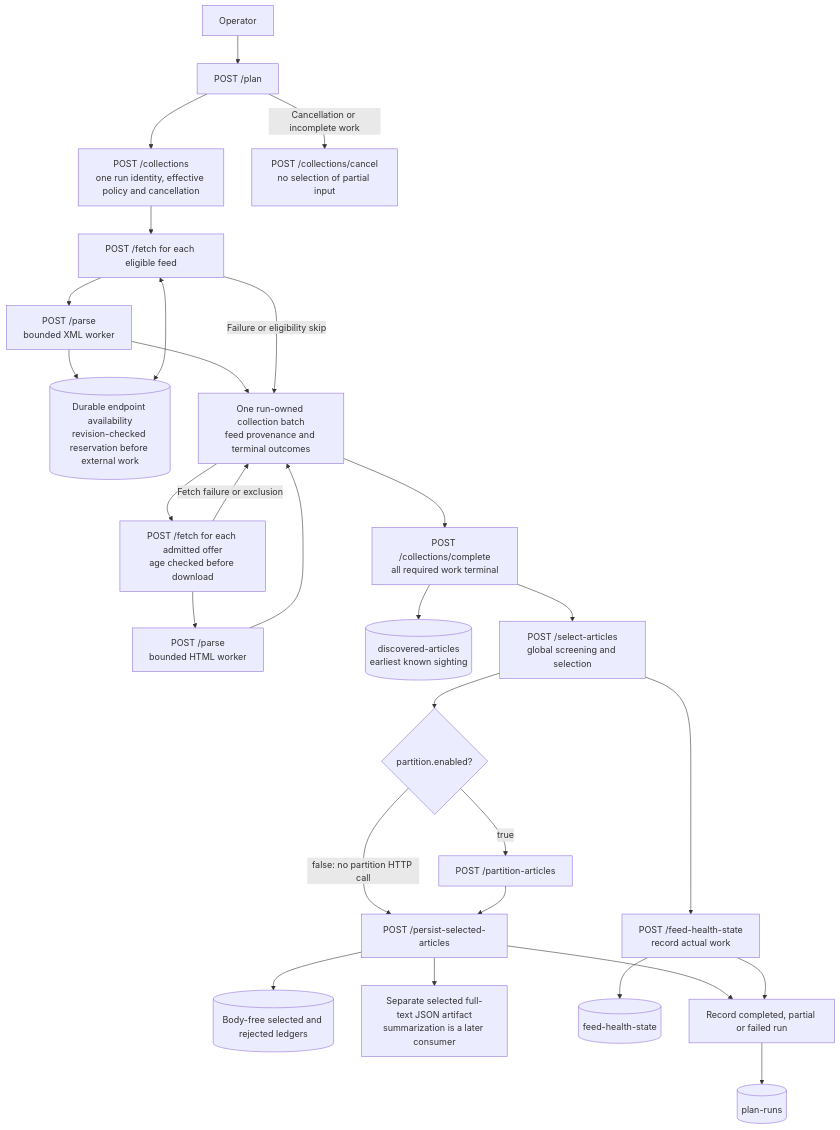
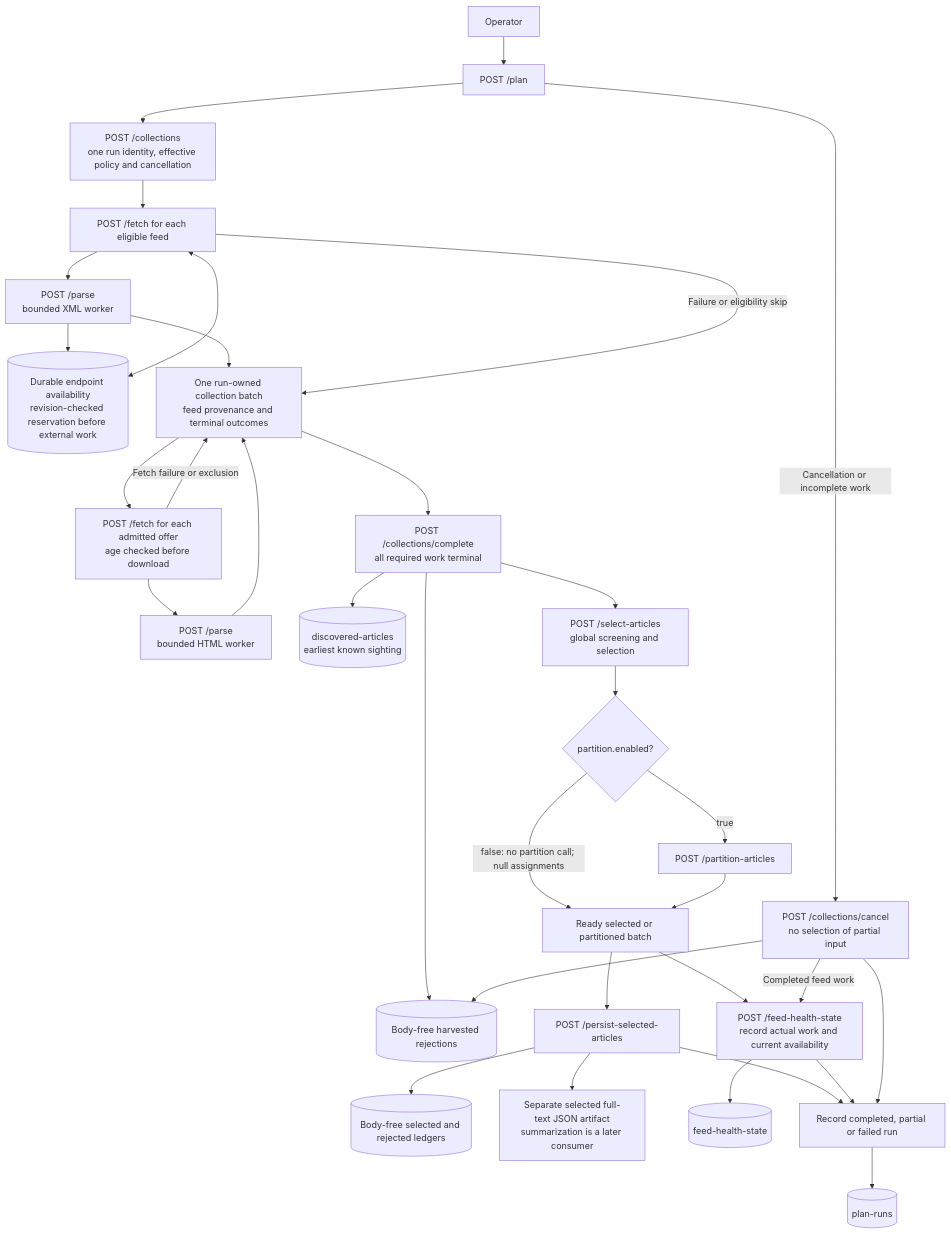
One commit to miztiik/yen-idhazh changed the diagram in docs/architecture/sources/feed-operator-api.md. Above: the diagram before and after it, drawn with Mermaid. The commit also changed other lines of this file and 31 other files, not shown here.

````diff
--- a/docs/architecture/sources/feed-operator-api.md
+++ b/docs/architecture/sources/feed-operator-api.md
@@ -164,30 +164,35 @@
 ```mermaid
 flowchart TD
   OP["Operator"] --> PLAN["POST /plan"]
   PLAN --> BEGIN["POST /collections<br/>one run identity, effective policy and cancellation"]
   BEGIN --> FETCH_FEED["POST /fetch for each eligible feed"]
   CURRENT[("Durable endpoint availability<br/>revision-checked reservation before external work")] <--> FETCH_FEED
   FETCH_FEED --> PARSE_FEED["POST /parse<br/>bounded XML worker"]
   PARSE_FEED --> CURRENT
   PARSE_FEED --> BATCH["One run-owned collection batch<br/>feed provenance and terminal outcomes"]
   BATCH --> FETCH_ARTICLE["POST /fetch for each admitted offer<br/>age checked before download"]
   FETCH_ARTICLE --> PARSE_ARTICLE["POST /parse<br/>bounded HTML worker"]
   PARSE_ARTICLE --> BATCH
   FETCH_FEED -->|"Failure or eligibility skip"| BATCH
   FETCH_ARTICLE -->|"Fetch failure or exclusion"| BATCH
   BATCH --> COMPLETE["POST /collections/complete<br/>all required work terminal"]
   COMPLETE --> DISCOVERY[("discovered-articles<br/>earliest known sighting")]
+  COMPLETE --> REJECTIONS[("Body-free harvested rejections")]
   COMPLETE --> SELECT["POST /select-articles<br/>global screening and selection"]
   SELECT --> ENABLED{"partition.enabled?"}
   ENABLED -->|"true"| PARTITION["POST /partition-articles"]
-  ENABLED -->|"false: no partition HTTP call"| PERSIST["POST /persist-selected-articles"]
-  PARTITION --> PERSIST
+  ENABLED -->|"false: no partition call; null assignments"| READY["Ready selected or partitioned batch"]
+  PARTITION --> READY
+  READY --> PERSIST["POST /persist-selected-articles"]
   PERSIST --> METADATA[("Body-free selected and rejected ledgers")]
   PERSIST --> TEXT["Separate selected full-text JSON artifact<br/>summarization is a later consumer"]
-  SELECT --> HEALTH["POST /feed-health-state<br/>record actual work"]
+  READY --> HEALTH["POST /feed-health-state<br/>record actual work and current availability"]
   HEALTH --> HEALTH_LEDGER[("feed-health-state")]
   PERSIST --> FINAL["Record completed, partial or failed run"]
   HEALTH --> FINAL
   FINAL --> RUNS[("plan-runs")]
   PLAN -->|"Cancellation or incomplete work"| CANCEL["POST /collections/cancel<br/>no selection of partial input"]
+  CANCEL --> REJECTIONS
+  CANCEL -->|"Completed feed work"| HEALTH
+  CANCEL --> FINAL
 ```
````
